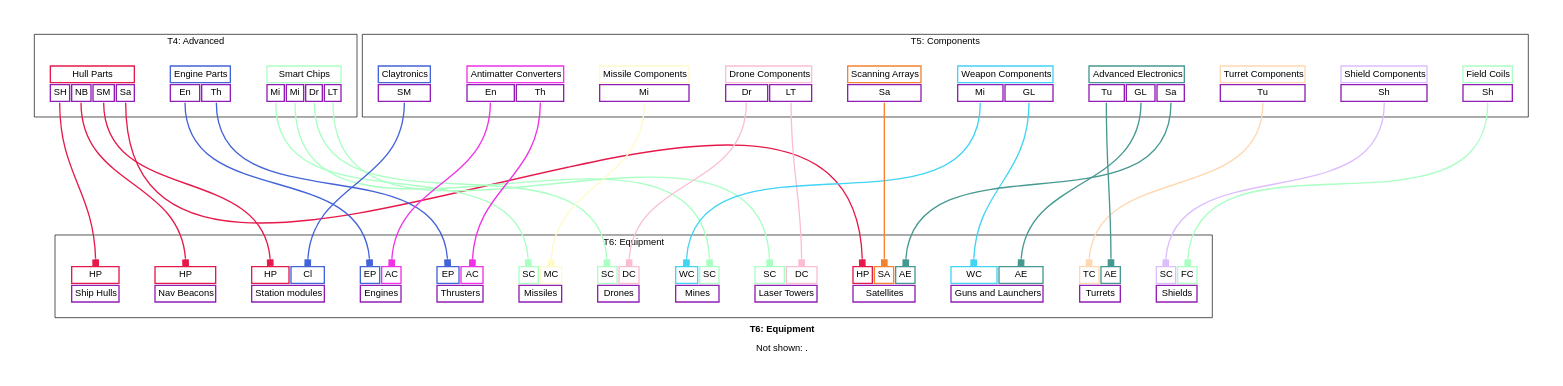
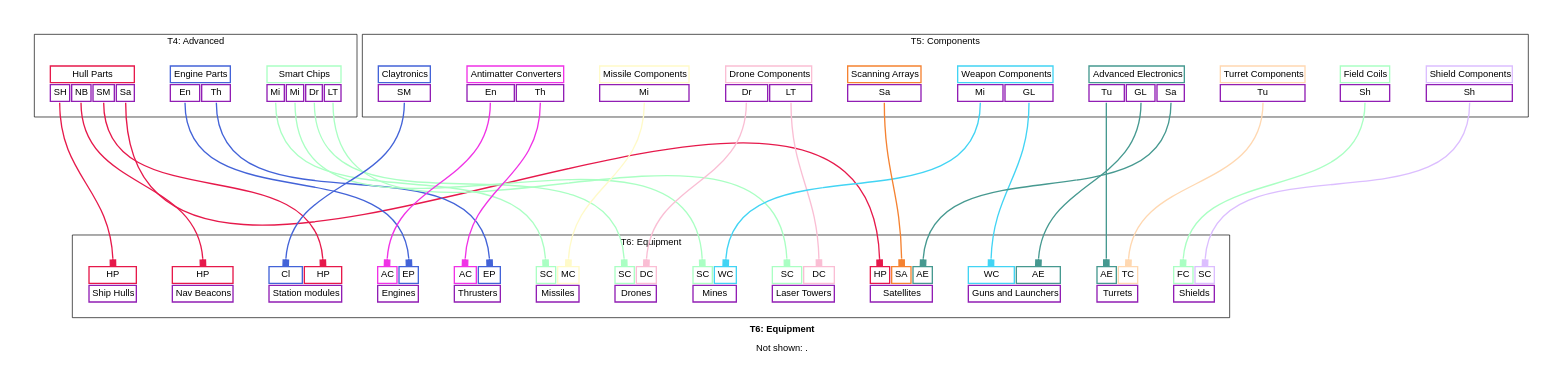
The diagram in docs/t6_equipment_graph_simplified.dot (borntyping/x4-diagrams), drawn with Graphviz before and after one commit. The commit also changed other lines of this file and 97 other files, not shown here.

```diff
--- a/docs/t6_equipment_graph_simplified.dot
+++ b/docs/t6_equipment_graph_simplified.dot
@@ -251,9 +251,9 @@
   
     <tr>
       
+        <td align="text" bgcolor="white" color="#4363d8" port="claytronics">Cl</td>
+      
         <td align="text" bgcolor="white" color="#e6194B" port="hull_parts">HP</td>
-      
-        <td align="text" bgcolor="white" color="#4363d8" port="claytronics">Cl</td>
       
     </tr>
   
@@ -266,9 +266,9 @@
   
     <tr>
       
+        <td align="text" bgcolor="white" color="#f032e6" port="antimatter_converters">AC</td>
+      
         <td align="text" bgcolor="white" color="#4363d8" port="engine_parts">EP</td>
-      
-        <td align="text" bgcolor="white" color="#f032e6" port="antimatter_converters">AC</td>
       
     </tr>
   
@@ -281,9 +281,9 @@
   
     <tr>
       
+        <td align="text" bgcolor="white" color="#f032e6" port="antimatter_converters">AC</td>
+      
         <td align="text" bgcolor="white" color="#4363d8" port="engine_parts">EP</td>
-      
-        <td align="text" bgcolor="white" color="#f032e6" port="antimatter_converters">AC</td>
       
     </tr>
   
@@ -296,9 +296,9 @@
   
     <tr>
       
+        <td align="text" bgcolor="white" color="#aaffc3" port="smart_chips">SC</td>
+      
         <td align="text" bgcolor="white" color="#42d4f4" port="weapon_components">WC</td>
-      
-        <td align="text" bgcolor="white" color="#aaffc3" port="smart_chips">SC</td>
       
     </tr>
   
@@ -341,9 +341,9 @@
   
     <tr>
       
+        <td align="text" bgcolor="white" color="#aaffc3" port="field_coils">FC</td>
+      
         <td align="text" bgcolor="white" color="#dcbeff" port="shield_components">SC</td>
-      
-        <td align="text" bgcolor="white" color="#aaffc3" port="field_coils">FC</td>
       
     </tr>
   
@@ -356,9 +356,9 @@
   
     <tr>
       
+        <td align="text" bgcolor="white" color="#469990" port="advanced_electronics">AE</td>
+      
         <td align="text" bgcolor="white" color="#ffd8b1" port="turret_components">TC</td>
-      
-        <td align="text" bgcolor="white" color="#469990" port="advanced_electronics">AE</td>
       
     </tr>
   
```
